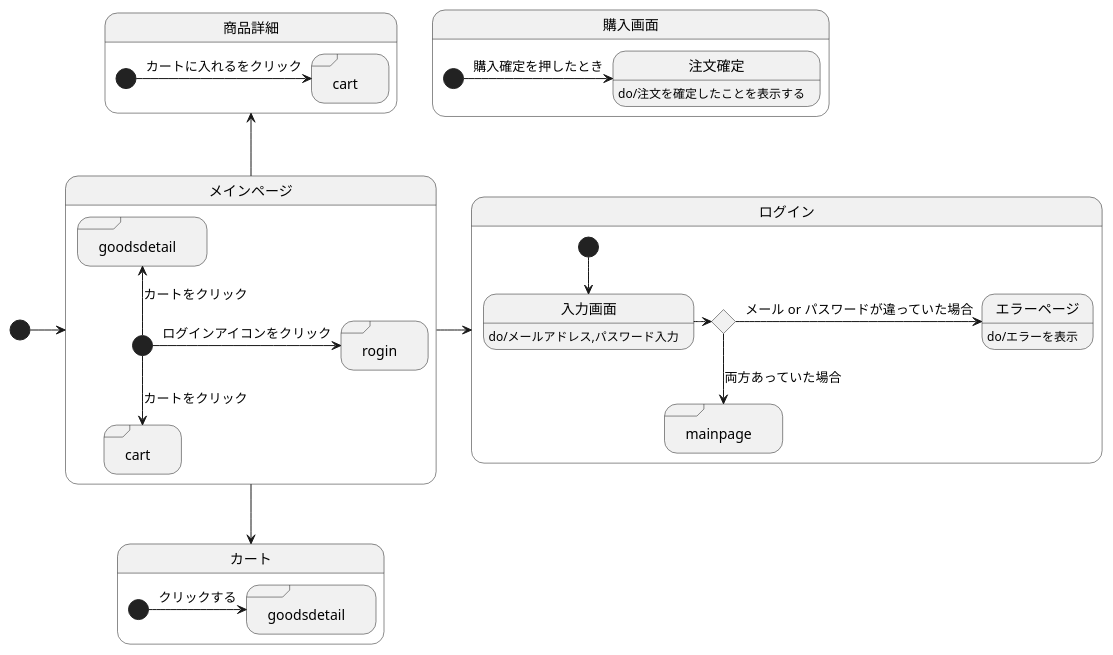
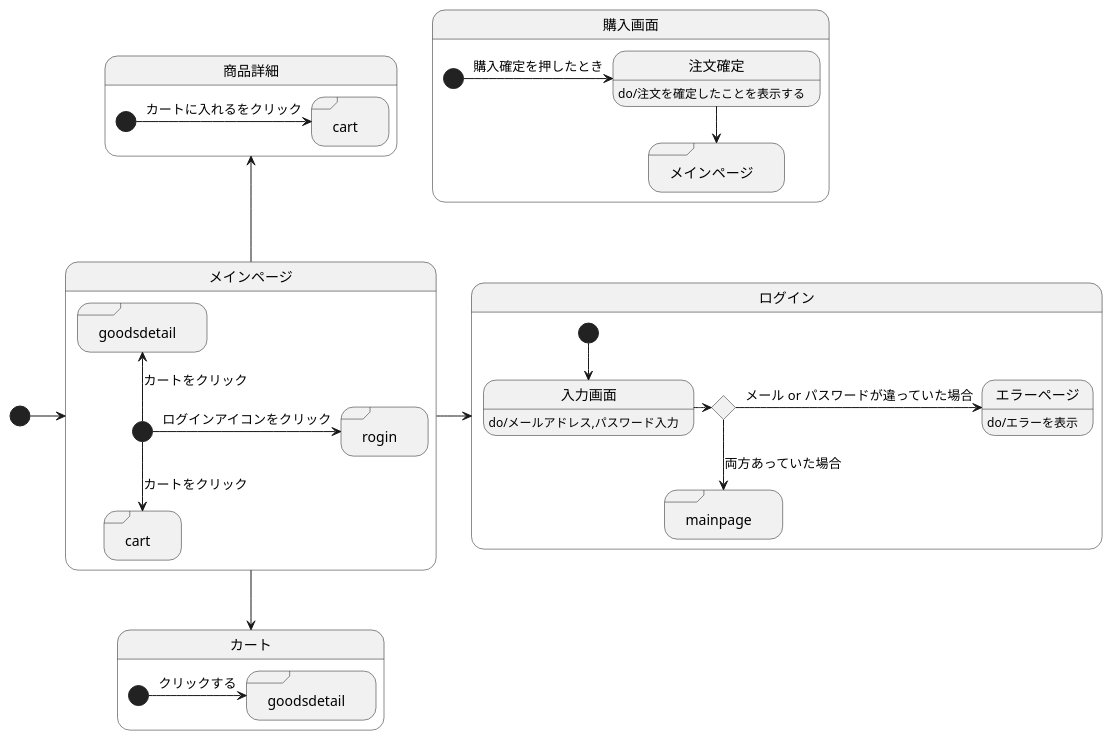
Before and after one commit to akutori/T-D-E: the diagram in UML.md, drawn with PlantUML.

Commit message:
追記

````diff
--- a/UML.md
+++ b/UML.md
@@ -1,49 +1,51 @@
 ```uml
 @startuml
 [*]->メインページ
 メインページ->ログイン
 メインページ-->カート
 メインページ-up->商品詳細
 
 state メインページ{
 state "rogin" <<sdlreceive>>
 state "cart" <<sdlreceive>>
 state "goodsdetail" <<sdlreceive>>
     [*]-> rogin :ログインアイコンをクリック
     [*]--> cart :カートをクリック
     [*]-up-> goodsdetail :カートをクリック
 }
 
 state ログイン{
 state input <<choice>>
 state "mainpage"<<sdlreceive>>
 
 入力画面:do/メールアドレス,パスワード入力
 エラーページ:do/エラーを表示
     [*]--> 入力画面
     入力画面->input
     input->エラーページ:メール or パスワードが違っていた場合
     input-->mainpage : 両方あっていた場合
 
 }
 
 state 購入画面{
+state "メインページ" as returnmain<<sdlreceive>>
 注文確定:do/注文を確定したことを表示する
     [*]->注文確定 :購入確定を押したとき
+    注文確定-->returnmain
 }
 
 
 state カート{
 state "goodsdetail" as goodsincart <<sdlreceive>>
 
     [*]->goodsincart :クリックする
 }
 
 state 商品詳細{
 state "cart" as detailincart <<sdlreceive>>
 
     [*]->detailincart :カートに入れるをクリック
 }
 
 @enduml
 ```
````
